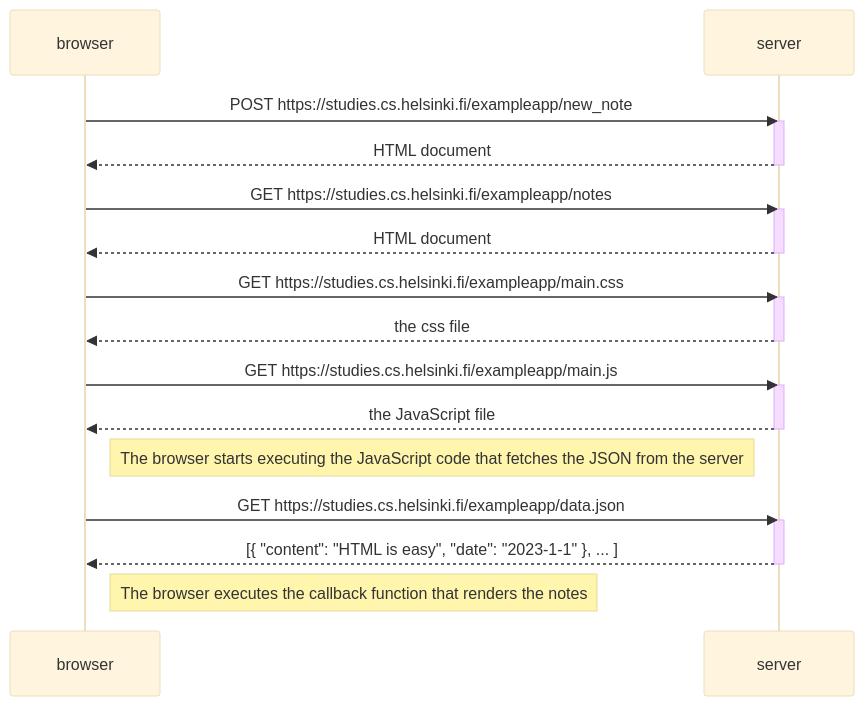
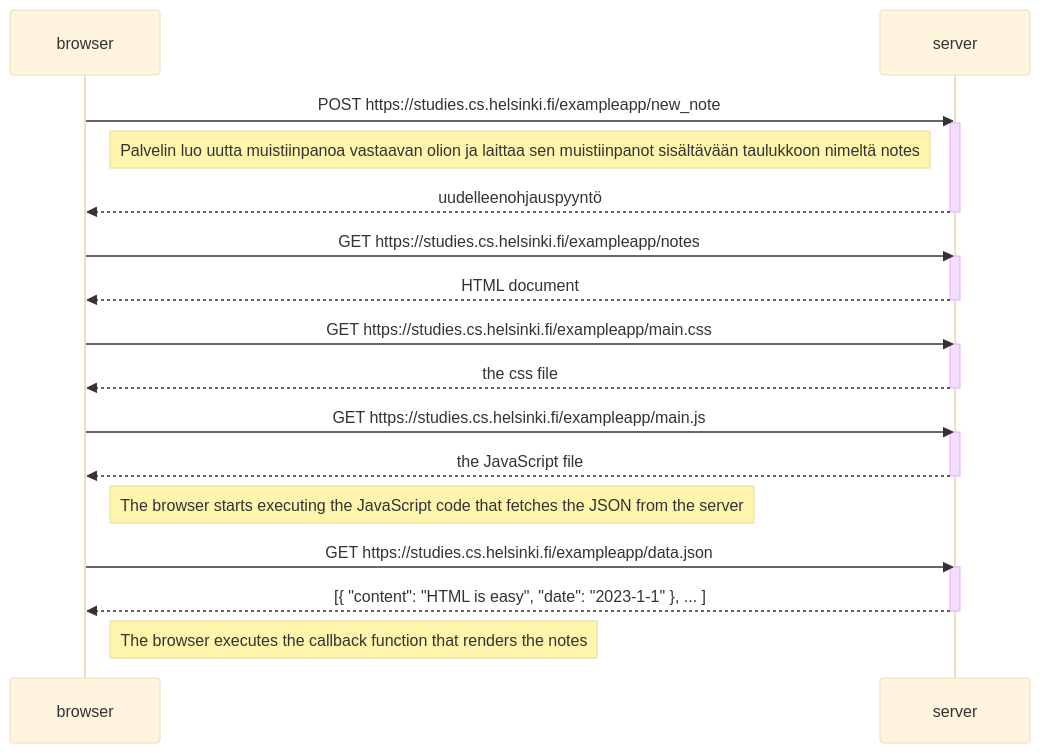
Before and after one commit to rikulauttia/Fullstackopen: the diagram in osa 0/0.4uusi_muistiinpano.md, drawn with Mermaid (base theme).

Commit message:
Update 0.4uusi_muistiinpano.md
valmis tehtävä

````diff
--- a/osa 0/0.4uusi_muistiinpano.md
+++ b/osa 0/0.4uusi_muistiinpano.md
@@ -1,34 +1,35 @@
 ```mermaid
 sequenceDiagram
     participant browser
     participant server
 
     browser->>server: POST https://studies.cs.helsinki.fi/exampleapp/new_note
     activate server
-    server-->>browser: HTML document
+    note left of server: Palvelin luo uutta muistiinpanoa vastaavan olion ja laittaa sen muistiinpanot sisältävään taulukkoon nimeltä notes
+    server-->>browser: uudelleenohjauspyyntö
     deactivate server
     
     browser->>server: GET https://studies.cs.helsinki.fi/exampleapp/notes
     activate server
     server-->>browser: HTML document
     deactivate server
     
     browser->>server: GET https://studies.cs.helsinki.fi/exampleapp/main.css
     activate server
     server-->>browser: the css file
     deactivate server
     
     browser->>server: GET https://studies.cs.helsinki.fi/exampleapp/main.js
     activate server
     server-->>browser: the JavaScript file
     deactivate server
     
     Note right of browser: The browser starts executing the JavaScript code that fetches the JSON from the server
     
     browser->>server: GET https://studies.cs.helsinki.fi/exampleapp/data.json
     activate server
     server-->>browser: [{ "content": "HTML is easy", "date": "2023-1-1" }, ... ]
     deactivate server    
 
     Note right of browser: The browser executes the callback function that renders the notes 
 ```
````
